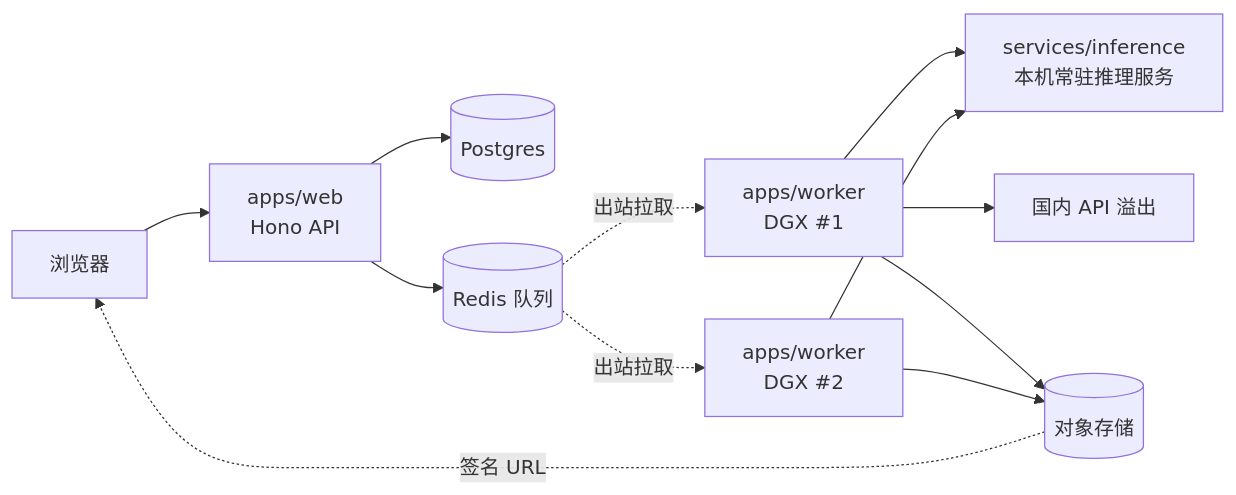
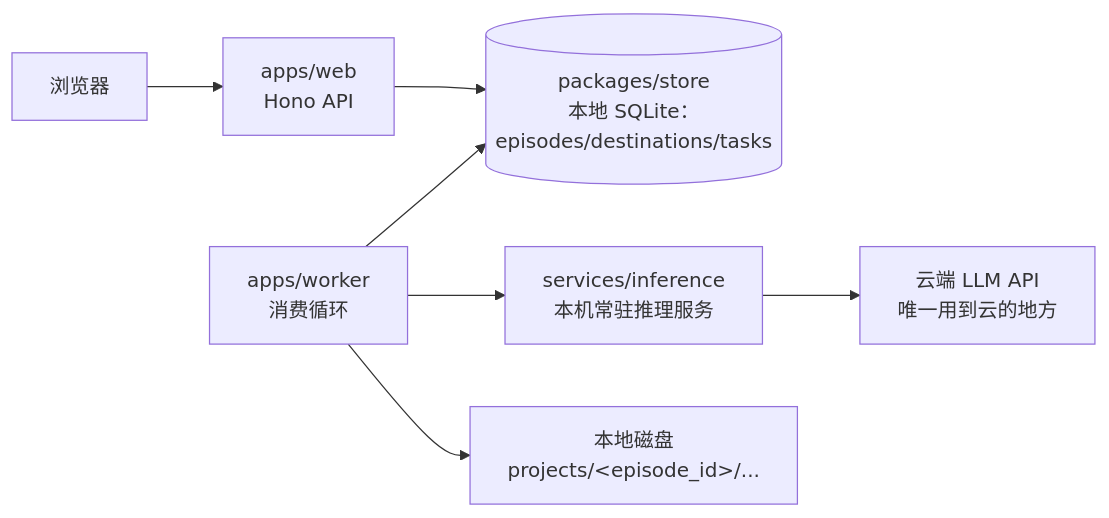
The diagram in docs/architecture.md (zhanghui-china/Kelvoy), drawn with Mermaid before and after one commit. The commit also changed other lines of this file and 42 other files, not shown here.

````diff
--- a/docs/architecture.md
+++ b/docs/architecture.md
@@ -22,14 +23,9 @@
 ```mermaid
 flowchart LR
   U[浏览器] --> W[apps/web<br/>Hono API]
-  W --> DB[(Postgres)]
-  W --> Q[(Redis 队列)]
-  Q -. 出站拉取 .-> K1[apps/worker<br/>DGX #1]
-  Q -. 出站拉取 .-> K2[apps/worker<br/>DGX #2]
-  K1 --> M[services/inference<br/>本机常驻推理服务]
-  K2 --> M
-  K1 --> A[国内 API 溢出]
-  K1 --> S[(对象存储)]
-  K2 --> S
-  S -. 签名 URL .-> U
+  W --> ST[(packages/store<br/>本地 SQLite：episodes/destinations/tasks)]
+  K[apps/worker<br/>消费循环] --> ST
+  K --> M[services/inference<br/>本机常驻推理服务]
+  M --> LLM[云端 LLM API<br/>唯一用到云的地方]
+  K --> D[本地磁盘<br/>projects/&lt;episode_id&gt;/...]
 ```
````
